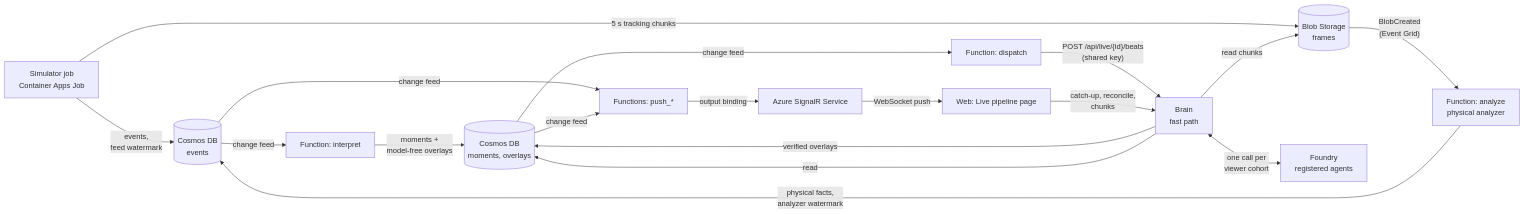
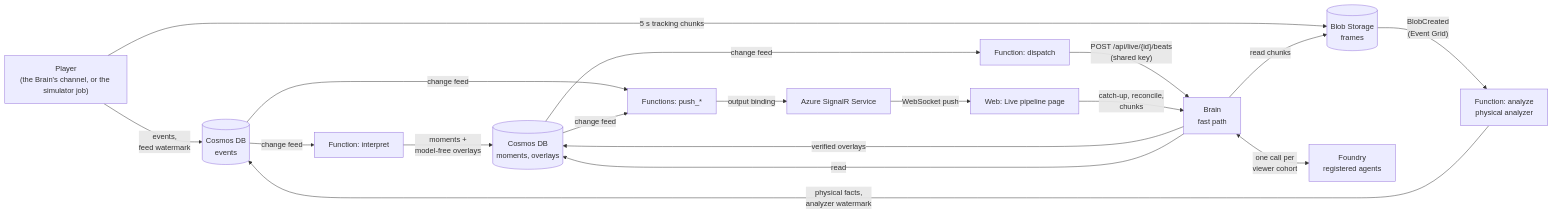
One commit to kaanoguzkan/insidethegamehackathon changed the second of 2 diagrams in docs/live-pipeline.md. Above: the diagram before and after it, drawn with Mermaid. The commit also changed other lines of this file and 8 other files, not shown here.

Commit message:
Season job exits cleanly; every club on zero in the table as broadcast; docs for the channel, packs and the season

````diff
--- a/docs/live-pipeline.md
+++ b/docs/live-pipeline.md
@@ -7,19 +43,19 @@
 ```mermaid
 flowchart LR
-  JOB["Simulator job<br/>Container Apps Job"] -->|"events,<br/>feed watermark"| EV[("Cosmos DB<br/>events")]
+  JOB["Player<br/>(the Brain's channel, or the simulator job)"] -->|"events,<br/>feed watermark"| EV[("Cosmos DB<br/>events")]
   JOB -->|"5 s tracking chunks"| BL[("Blob Storage<br/>frames")]
   BL -->|"BlobCreated<br/>(Event Grid)"| AN["Function: analyze<br/>physical analyzer"]
   AN -->|"physical facts,<br/>analyzer watermark"| EV
   EV -->|change feed| INT["Function: interpret"]
   INT -->|"moments +<br/>model-free overlays"| MO[("Cosmos DB<br/>moments, overlays")]
   MO -->|change feed| DIS["Function: dispatch"]
   DIS -->|"POST /api/live/{id}/beats<br/>(shared key)"| BRAIN["Brain<br/>fast path"]
   BRAIN <-->|"one call per<br/>viewer cohort"| FOUNDRY["Foundry<br/>registered agents"]
   BRAIN -->|"verified overlays"| MO
   EV & MO -->|change feed| PUSH["Functions: push_*"]
   PUSH -->|output binding| SR["Azure SignalR Service"]
   SR -->|"WebSocket push"| WEB["Web: Live pipeline page"]
   WEB -->|"catch-up, reconcile,<br/>chunks"| BRAIN
   BRAIN -->|read| MO
   BRAIN -->|"read chunks"| BL
 ```
````
